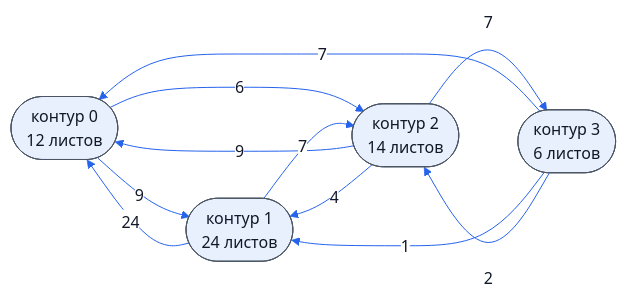
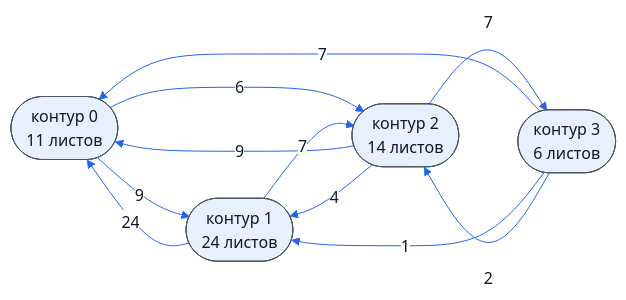
The first of 4 diagrams in inst/md-out/lis/tab-proekta/index.md (vlad78831457/orb-work), drawn with Mermaid before and after one commit. The commit also changed other lines of this file and 81 other files, not shown here.

````diff
--- a/inst/md-out/lis/tab-proekta/index.md
+++ b/inst/md-out/lis/tab-proekta/index.md
@@ -100,18 +99,18 @@
 ```mermaid
 %%{init: {"theme": "base", "themeVariables": {"fontSize": "16px", "primaryColor": "#e8f0fe", "primaryTextColor": "#111827", "primaryBorderColor": "#4b5563", "lineColor": "#2563eb", "textColor": "#111827", "clusterBkg": "#fffbe6", "clusterBorder": "#9ca3af", "edgeLabelBackground": "#ffffff", "signalColor": "#2563eb", "signalTextColor": "#1d4ed8", "noteBkgColor": "#fff3b0", "noteTextColor": "#111827", "noteBorderColor": "#a16207", "actorBkg": "#e8f0fe", "actorTextColor": "#111827", "actorBorder": "#4b5563", "actorLineColor": "#9ca3af", "labelBoxBkgColor": "#e8f0fe", "labelTextColor": "#111827"}}}%%
 flowchart LR
-  k_0(["контур 0<br/>12 листов"])
+  k_0(["контур 0<br/>11 листов"])
   k_1(["контур 1<br/>24 листов"])
   k_2(["контур 2<br/>14 листов"])
   k_3(["контур 3<br/>6 листов"])
   k_0 -->|"9"| k_1
   k_0 -->|"6"| k_2
   k_1 -->|"24"| k_0
   k_1 -->|"7"| k_2
   k_2 -->|"9"| k_0
   k_2 -->|"4"| k_1
   k_2 -->|"7"| k_3
   k_3 -->|"7"| k_0
   k_3 -->|"1"| k_1
   k_3 -->|"2"| k_2
 ```
````
